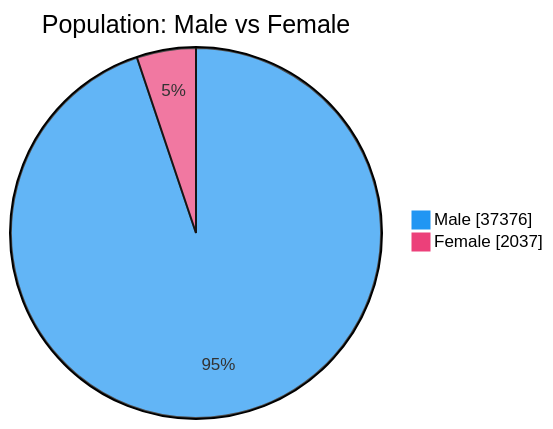
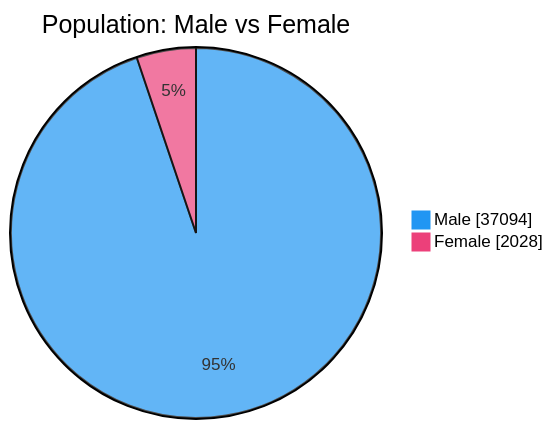
One commit to nuuuwan/lk_prisons changed the second of 7 diagrams in README.md. Above: the diagram before and after it, drawn with Mermaid. The commit also changed other lines of this file and 1 other file, not shown here.

````diff
--- a/README.md
+++ b/README.md
@@ -54,6 +54,6 @@
 ```mermaid
 %%{init: {'themeVariables': {'pie1': '#2196F3', 'pie2': '#EC407A'}}}%%
 pie showData title Population: Male vs Female
-    "Male" : 37376
-    "Female" : 2037
+    "Male" : 37094
+    "Female" : 2028
 ```
````
